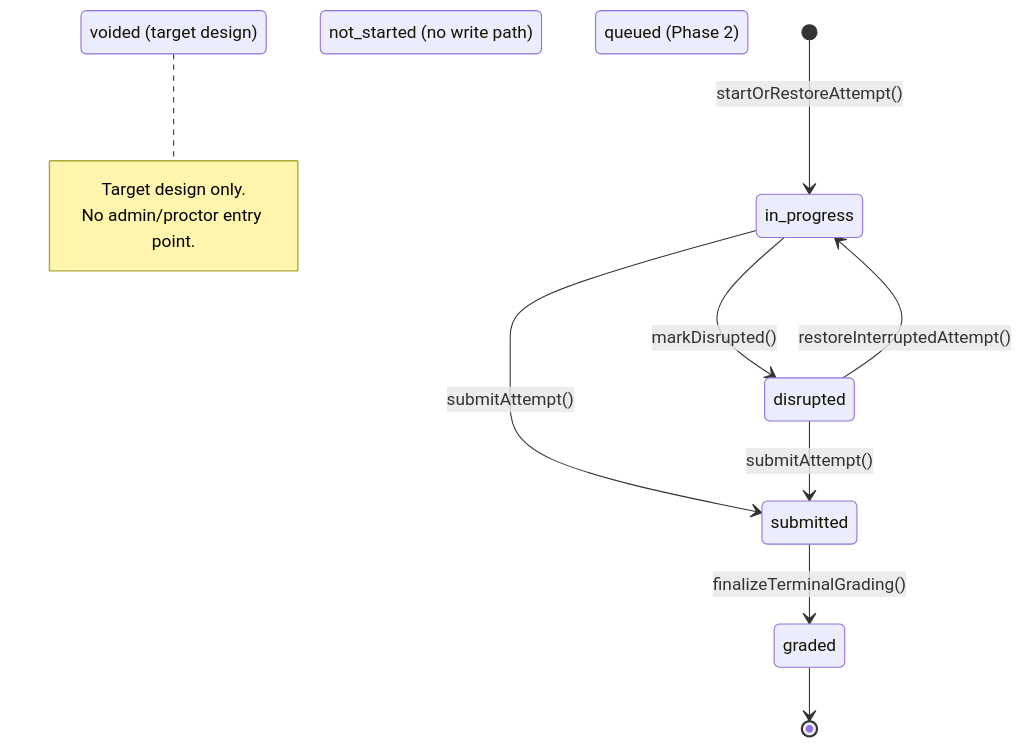
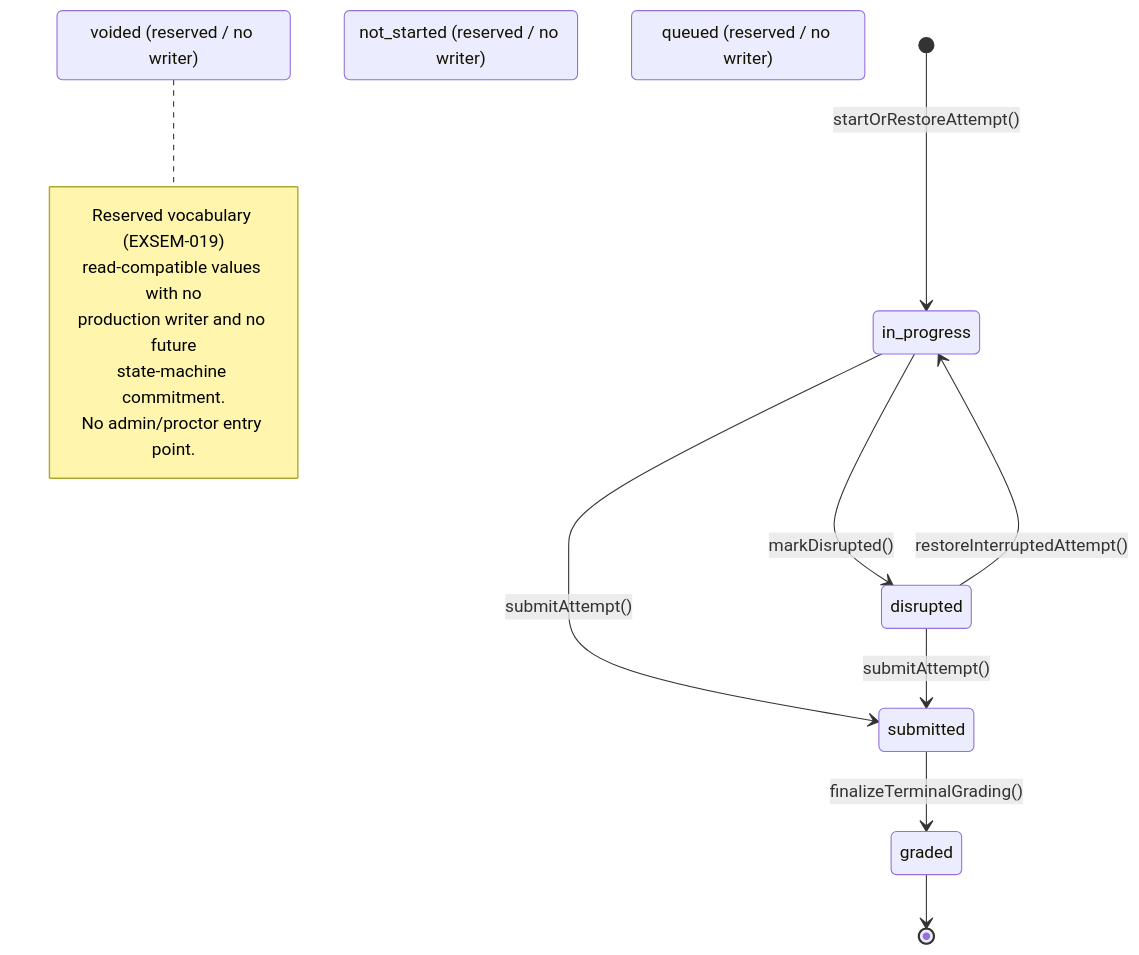
One commit to jnhu76/exam changed the second of 5 diagrams in docs/architecture/exam-system/state-and-authority.md. Above: the diagram before and after it, drawn with Mermaid. The commit also changed other lines of this file and 3 other files, not shown here.

````diff
--- a/docs/architecture/exam-system/state-and-authority.md
+++ b/docs/architecture/exam-system/state-and-authority.md
@@ -177,20 +187,23 @@
 ```mermaid
 stateDiagram-v2
     [*] --> in_progress: startOrRestoreAttempt()
 
     in_progress --> submitted: submitAttempt()
     in_progress --> disrupted: markDisrupted()
     disrupted --> submitted: submitAttempt()
     disrupted --> in_progress: restoreInterruptedAttempt()
     submitted --> graded: finalizeTerminalGrading()
     graded --> [*]
 
-    state "not_started (no write path)" as not_started
-    state "queued (Phase 2)" as queued
-    state "voided (target design)" as voided
+    state "not_started (reserved / no writer)" as not_started
+    state "queued (reserved / no writer)" as queued
+    state "voided (reserved / no writer)" as voided
 
     note right of voided
-        Target design only.
+        Reserved vocabulary (EXSEM-019)
+        read-compatible values with no
+        production writer and no future
+        state-machine commitment.
         No admin/proctor entry point.
     end note
 ```
````
